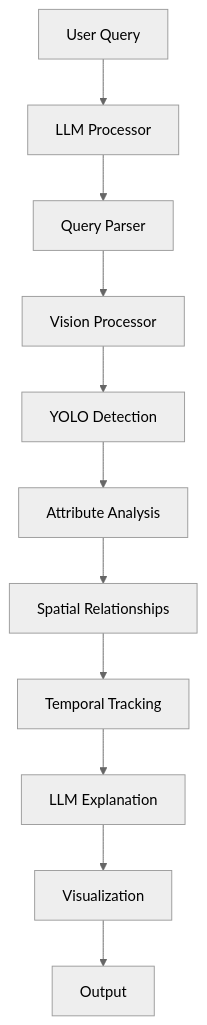
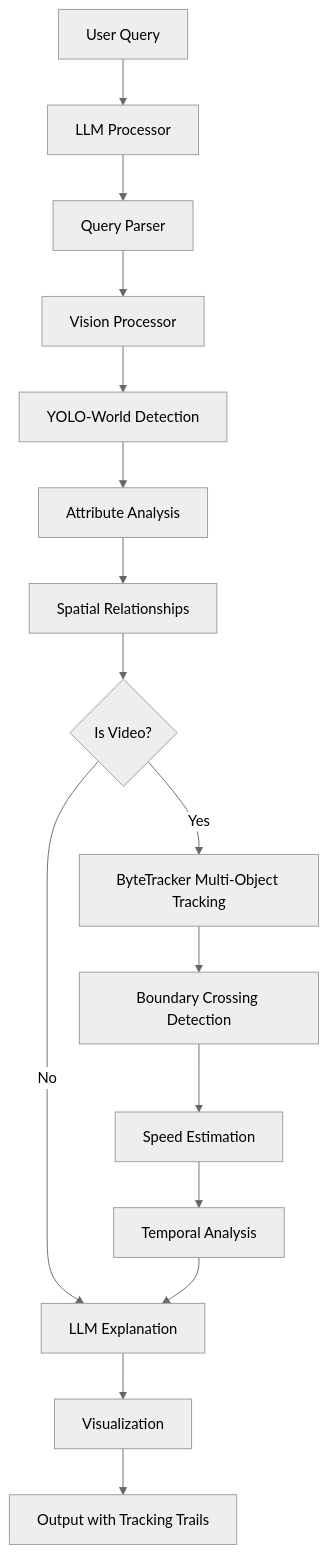
Before and after one commit to MugheesMehdi07/langvio: the diagram in README.md, drawn with Mermaid (neutral theme). The commit also changed other lines of this file and 28 other files, not shown here.

````diff
--- a/README.md
+++ b/README.md
@@ -193,13 +200,18 @@
 ```mermaid
 graph TD
     A[User Query] --> B[LLM Processor]
     B --> C[Query Parser]
     C --> D[Vision Processor]
-    D --> E[YOLO Detection]
+    D --> E[YOLO-World Detection]
     E --> F[Attribute Analysis]
     F --> G[Spatial Relationships]
-    G --> H[Temporal Tracking]
-    H --> I[LLM Explanation]
-    I --> J[Visualization]
-    J --> K[Output]
+    G --> H{Is Video?}
+    H -->|Yes| I[ByteTracker Multi-Object Tracking]
+    H -->|No| J[LLM Explanation]
+    I --> K[Boundary Crossing Detection]
+    K --> L[Speed Estimation]
+    L --> M[Temporal Analysis]
+    M --> J
+    J --> N[Visualization]
+    N --> O[Output with Tracking Trails]
 ```
````
